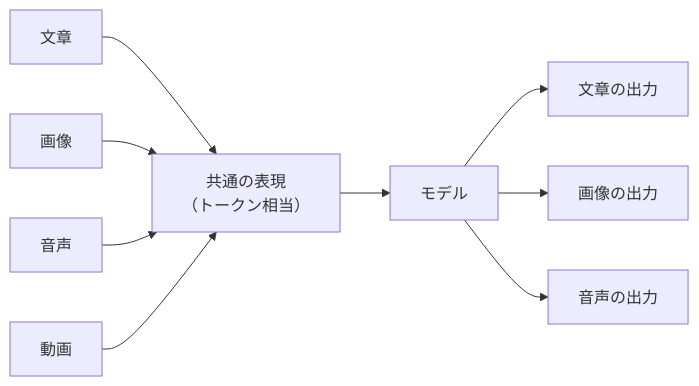
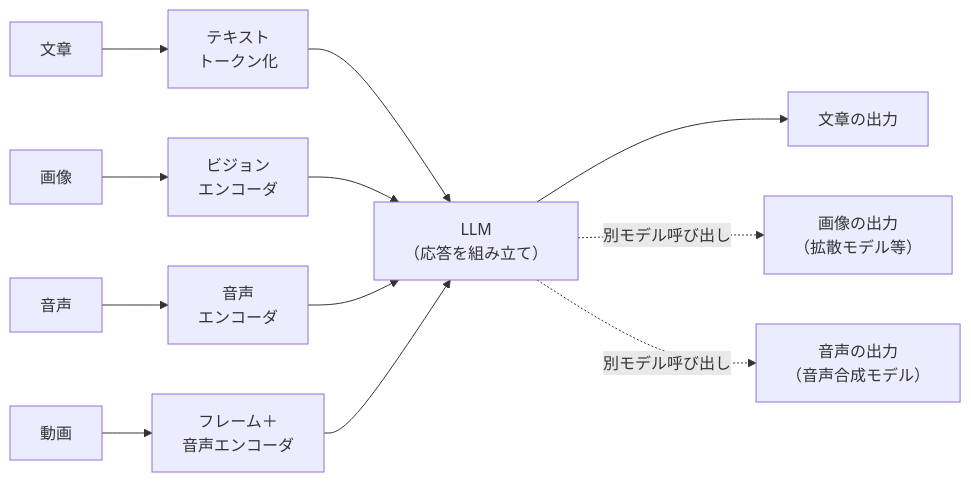
Before and after one commit to ma2saka/docs-claude-sample: the diagram in docs/03-multimodal.md, drawn with Mermaid. The commit also changed other lines of this file and 4 other files, not shown here.

````diff
--- a/docs/03-multimodal.md
+++ b/docs/03-multimodal.md
@@ -19,11 +21,14 @@
 ```mermaid
 flowchart LR
-    T["文章"] --> E["共通の表現<br/>（トークン相当）"]
-    I["画像"] --> E
-    A["音声"] --> E
-    V["動画"] --> E
-    E --> M["モデル"]
+    T["文章"] --> ET["テキスト<br/>トークン化"]
+    I["画像"] --> EI["ビジョン<br/>エンコーダ"]
+    A["音声"] --> EA["音声<br/>エンコーダ"]
+    V["動画"] --> EV["フレーム＋<br/>音声エンコーダ"]
+    ET --> M["LLM<br/>（応答を組み立て）"]
+    EI --> M
+    EA --> M
+    EV --> M
     M --> OT["文章の出力"]
-    M --> OI["画像の出力"]
-    M --> OA["音声の出力"]
+    M -.別モデル呼び出し.-> OI["画像の出力<br/>（拡散モデル等）"]
+    M -.別モデル呼び出し.-> OA["音声の出力<br/>（音声合成モデル）"]
 ```
````
